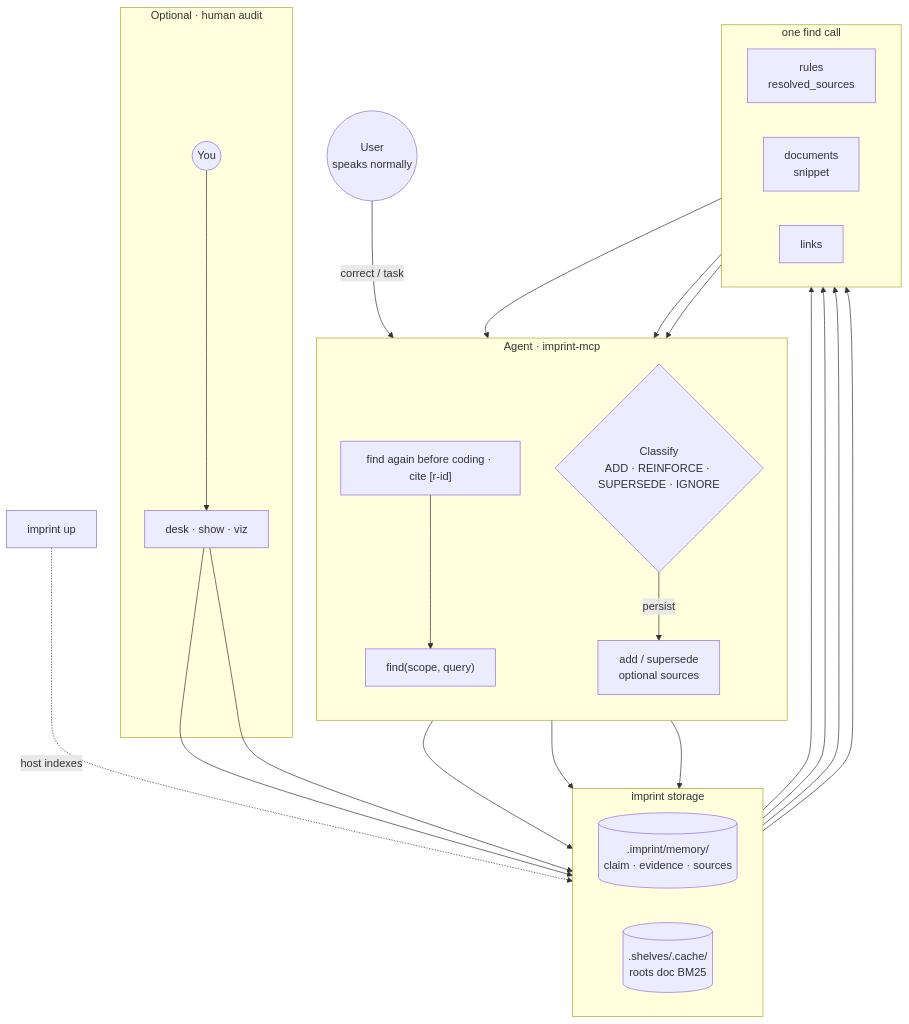
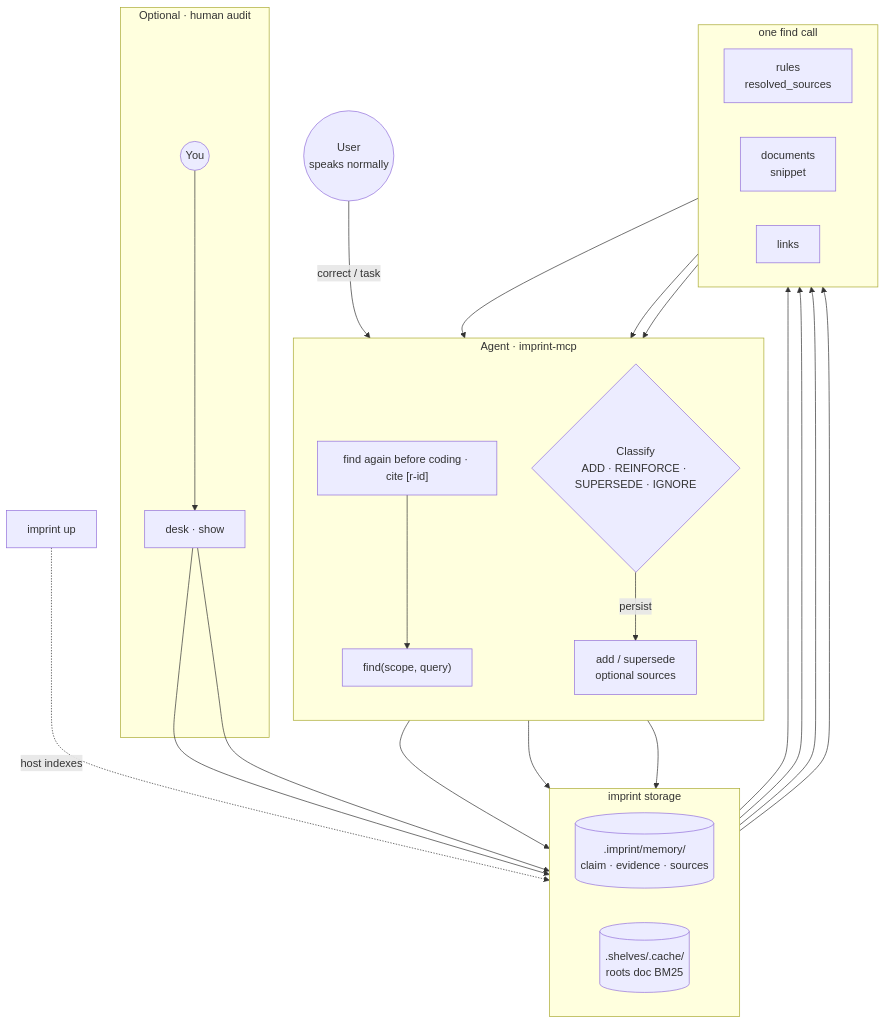
Before and after one commit to SteamedBread2333/imprint: the first of 2 diagrams in README.md, drawn with Mermaid. The commit also changed other lines of this file and 38 other files, not shown here.

````diff
--- a/README.md
+++ b/README.md
@@ -37,45 +37,45 @@
 ```mermaid
 flowchart TB
   U((User<br/>speaks normally))
 
   subgraph Agent["Agent · imprint-mcp"]
     direction TB
     F["find(scope, query)"]
     C{"Classify<br/>ADD · REINFORCE · SUPERSEDE · IGNORE"}
     W["add / supersede<br/>optional sources"]
     R["find again before coding · cite [r-id]"]
   end
 
   subgraph Store["imprint storage"]
     direction LR
     Vault[(".imprint/memory/<br/>claim · evidence · sources")]
     Shelves[(".shelves/.cache/<br/>roots doc BM25")]
   end
 
   subgraph FindOut["one find call"]
     direction LR
     FR["rules<br/>resolved_sources"]
     FD["documents<br/>snippet"]
     FL["links"]
   end
 
   subgraph Audit["Optional · human audit"]
-    H((You)) --> Desk["desk · show · viz"]
+    H((You)) --> Desk["desk · show"]
   end
 
   UP["imprint up"] -.->|host indexes| Shelves
 
   U -->|correct / task| Agent
   F --> Vault
   F --> Shelves
   Vault --> FR
   Shelves --> FD
   Vault --> FL
   Shelves --> FL
   FR & FD & FL --> C
   C -->|persist| W
   W --> Vault
   R --> F
   Desk --> Vault
   Desk --> Shelves
 ```
````
